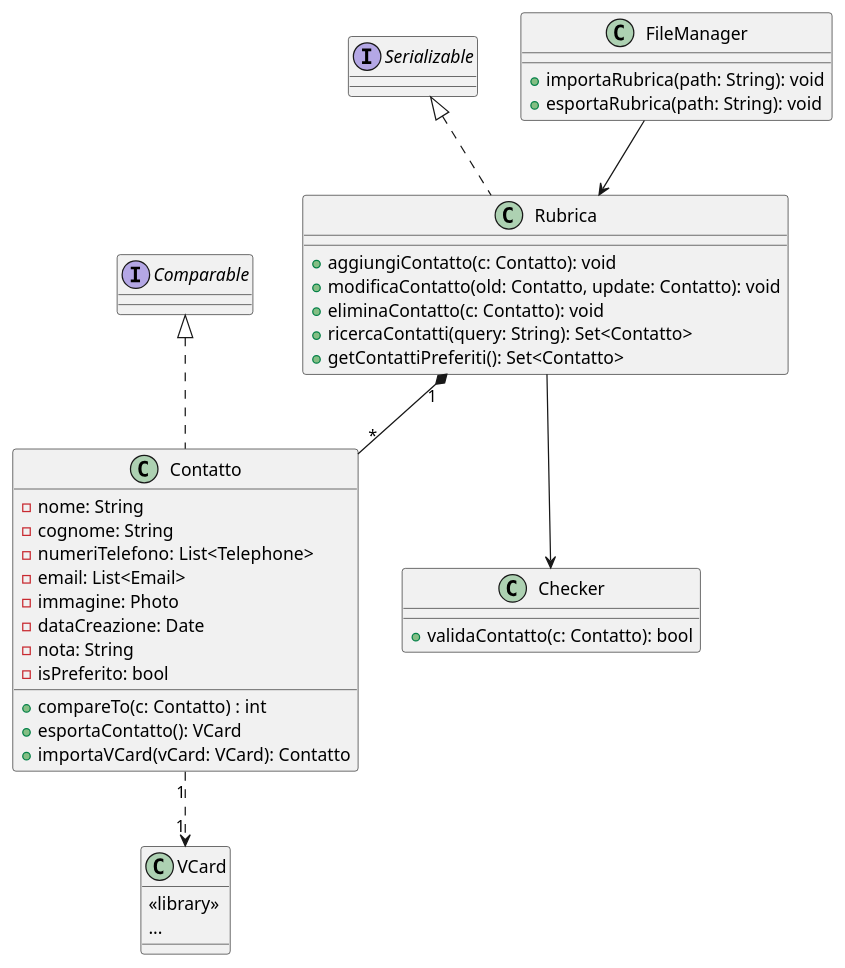
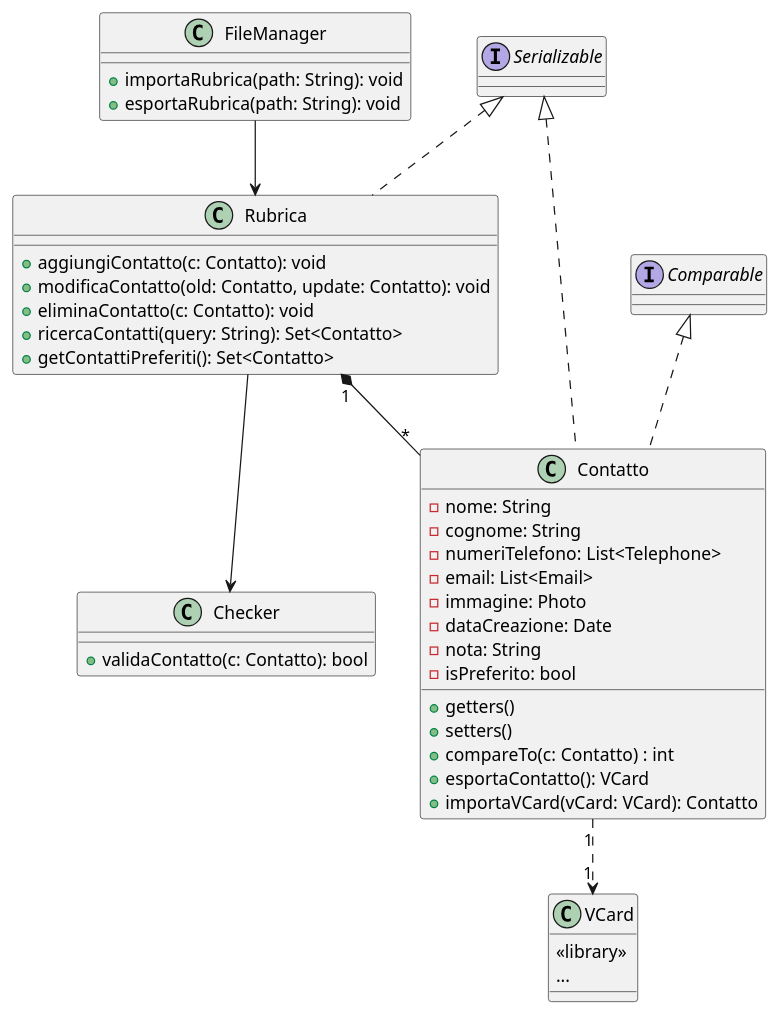
Before and after one commit to Gabbo-Unisa/Gruppo_8_Progetto_IDS_2024-25: the diagram in Cartella consegna relazione/DiagrammaClassi.puml, drawn with PlantUML.

Commit message:
Merge in master della documentazione doxygen

```diff
--- a/Cartella consegna relazione/DiagrammaClassi.puml
+++ b/Cartella consegna relazione/DiagrammaClassi.puml
@@ -1,44 +1,46 @@
 @startuml
 class Rubrica implements Serializable {
     + aggiungiContatto(c: Contatto): void
     + modificaContatto(old: Contatto, update: Contatto): void
     + eliminaContatto(c: Contatto): void
     + ricercaContatti(query: String): Set<Contatto>
     + getContattiPreferiti(): Set<Contatto>
 }
 
-class Contatto implements Comparable {
+class Contatto implements Serializable, Comparable {
     - nome: String
     - cognome: String
     - numeriTelefono: List<Telephone>
     - email: List<Email>
     - immagine: Photo
     - dataCreazione: Date
     - nota: String
     - isPreferito: bool
 
+    + getters()
+    + setters()
     + compareTo(c: Contatto) : int
     + esportaContatto(): VCard
     + importaVCard(vCard: VCard): Contatto
 }
 
 class Checker {
     + validaContatto(c: Contatto): bool
 }
 
 class FileManager {
     + importaRubrica(path: String): void
     + esportaRubrica(path: String): void
 }
 
 class VCard {
   <<library>>
   ...
 }
 
 
 Rubrica "1" *-- "*" Contatto
 FileManager --> Rubrica
 Rubrica --> Checker
 Contatto "1" ..> "1" VCard
 @enduml
```
